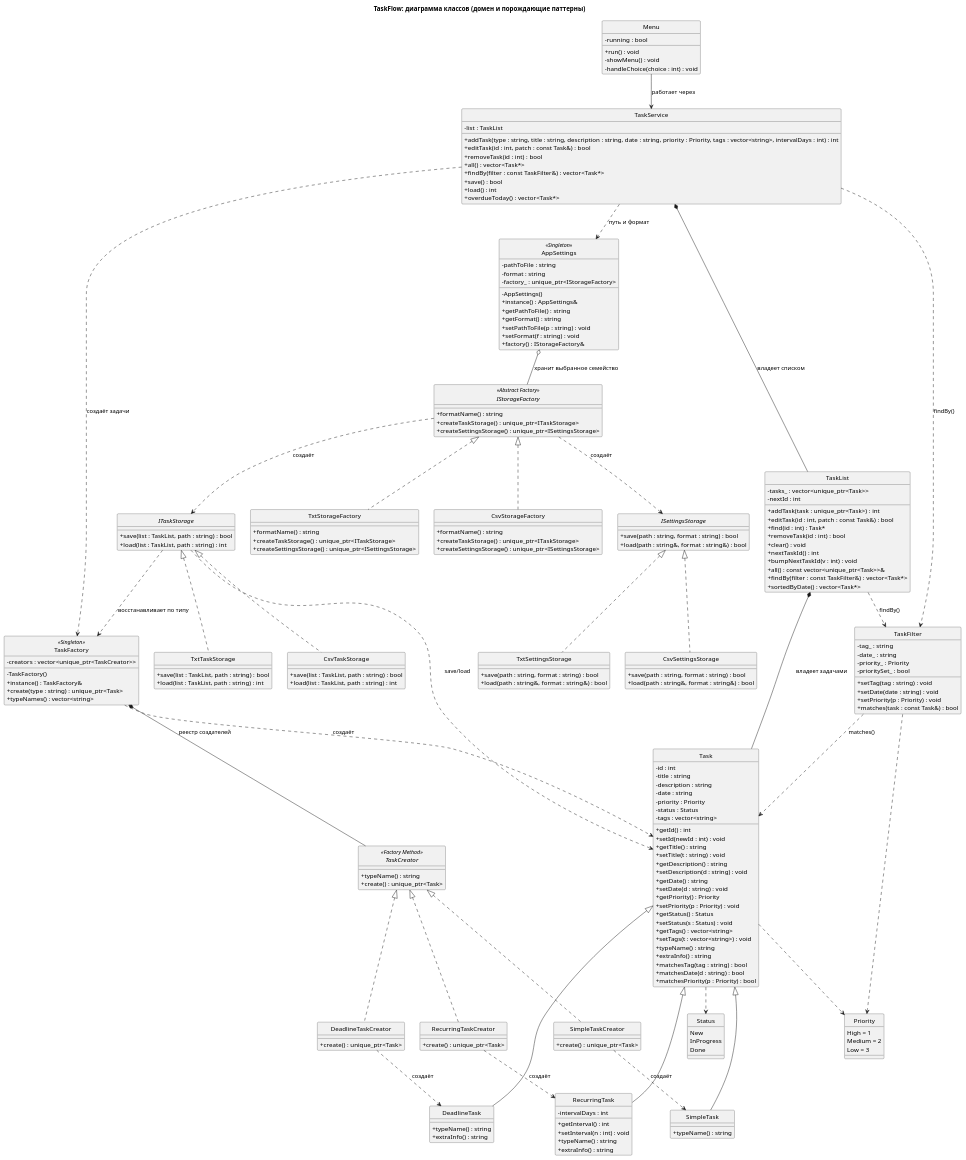
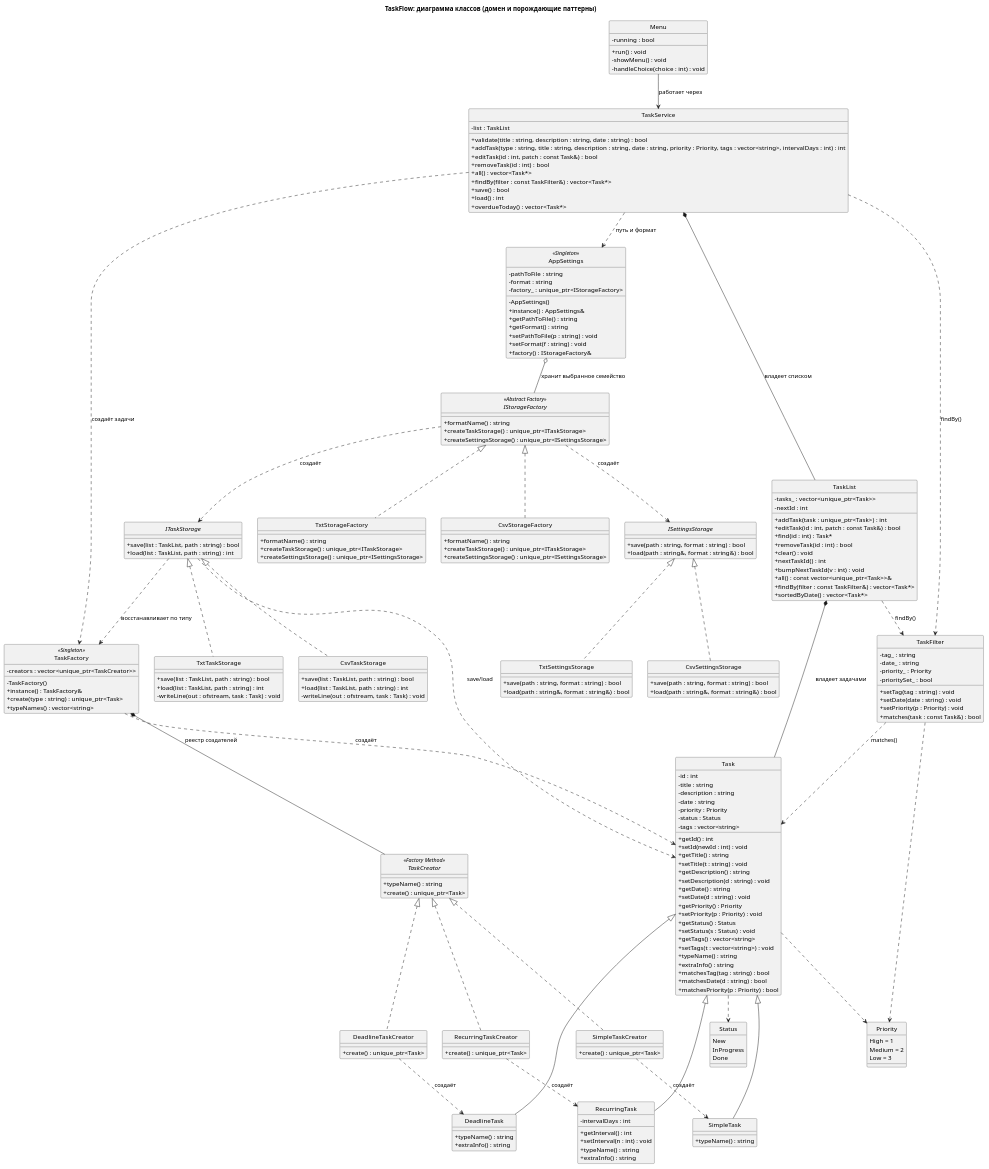
The diagram in docs/uml/02_class_domain.puml (Ruslan1209/TaskFlow), drawn with PlantUML before and after one commit.

```diff
--- a/docs/uml/02_class_domain.puml
+++ b/docs/uml/02_class_domain.puml
@@ -134,11 +134,13 @@
 class TxtTaskStorage {
   + save(list : TaskList, path : string) : bool
   + load(list : TaskList, path : string) : int
+  - writeLine(out : ofstream, task : Task) : void
 }
 
 class CsvTaskStorage {
   + save(list : TaskList, path : string) : bool
   + load(list : TaskList, path : string) : int
+  - writeLine(out : ofstream, task : Task) : void
 }
 
 interface ISettingsStorage {
@@ -183,6 +185,7 @@
 
 class TaskService {
   - list : TaskList
+  + validate(title : string, description : string, date : string) : bool
   + addTask(type : string, title : string, description : string, date : string, priority : Priority, tags : vector<string>, intervalDays : int) : int
   + editTask(id : int, patch : const Task&) : bool
   + removeTask(id : int) : bool
```
